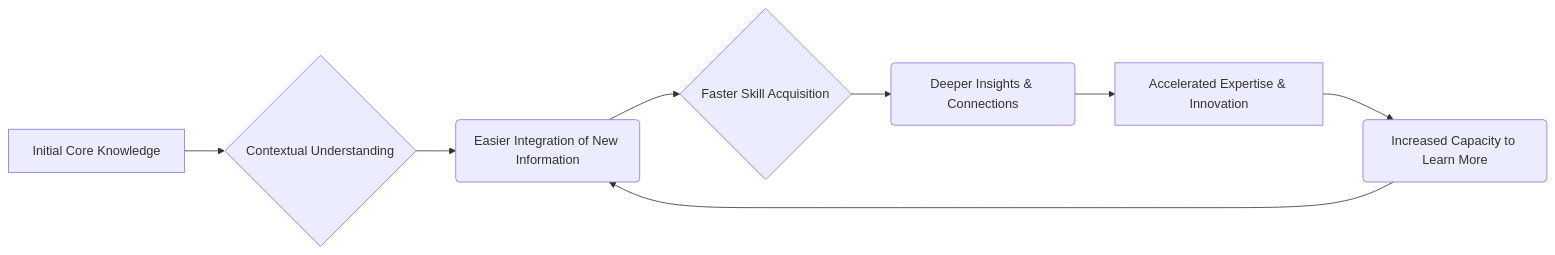
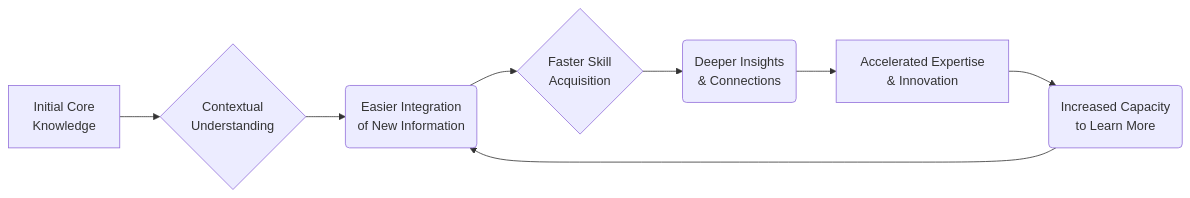
Before and after one commit to knowhub-by-ab/knowhub_notes: the second of 2 diagrams in knowledge/mqcsjhv4on2duq.md, drawn with Mermaid. The commit also changed other lines of this file, not shown here.

Commit message:
docs: update Professional Career Development

````diff
--- a/knowledge/mqcsjhv4on2duq.md
+++ b/knowledge/mqcsjhv4on2duq.md
@@ -62,10 +62,10 @@
 ```mermaid
 graph LR
-    A[Initial Core Knowledge] --> B{Contextual Understanding};
-    B --> C(Easier Integration of New Information);
-    C --> D{Faster Skill Acquisition};
-    D --> E(Deeper Insights & Connections);
-    E --> F[Accelerated Expertise & Innovation];
-    F --> G(Increased Capacity to Learn More);
+    A[Initial Core<br>Knowledge] --> B{Contextual<br>Understanding};
+    B --> C(Easier Integration<br>of New Information);
+    C --> D{Faster Skill<br>Acquisition};
+    D --> E(Deeper Insights<br>& Connections);
+    E --> F[Accelerated Expertise<br>& Innovation];
+    F --> G(Increased Capacity<br>to Learn More);
     G --> C;
 ```
````
